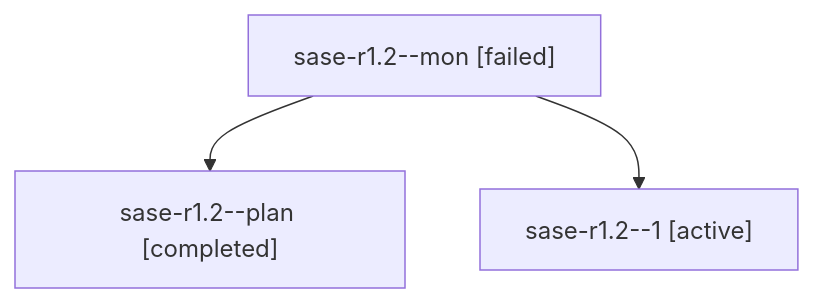
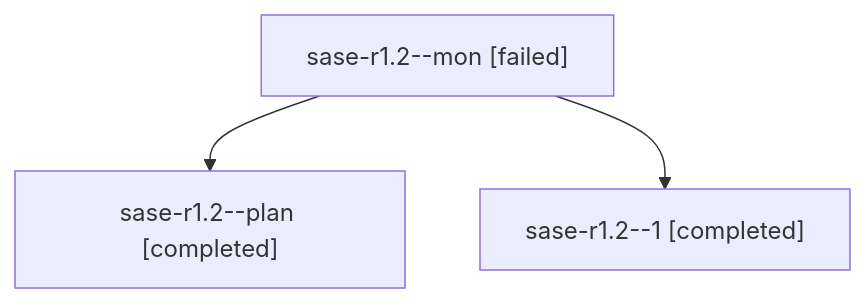
One commit to sase-org/sase--agents changed the diagram in families/bbugyi200.athena.sase-r1.2.md. Above: the diagram before and after it, drawn with Mermaid. The commit also changed other lines of this file and 56 other files, not shown here.

````diff
--- a/families/bbugyi200.athena.sase-r1.2.md
+++ b/families/bbugyi200.athena.sase-r1.2.md
@@ -9,8 +9,8 @@
 ```mermaid
 flowchart TD
   n0["sase-r1.2--mon [failed]"]
   n1["sase-r1.2--plan [completed]"]
   n0 --> n1
-  n2["sase-r1.2--1 [active]"]
+  n2["sase-r1.2--1 [completed]"]
   n0 --> n2
 ```
````
